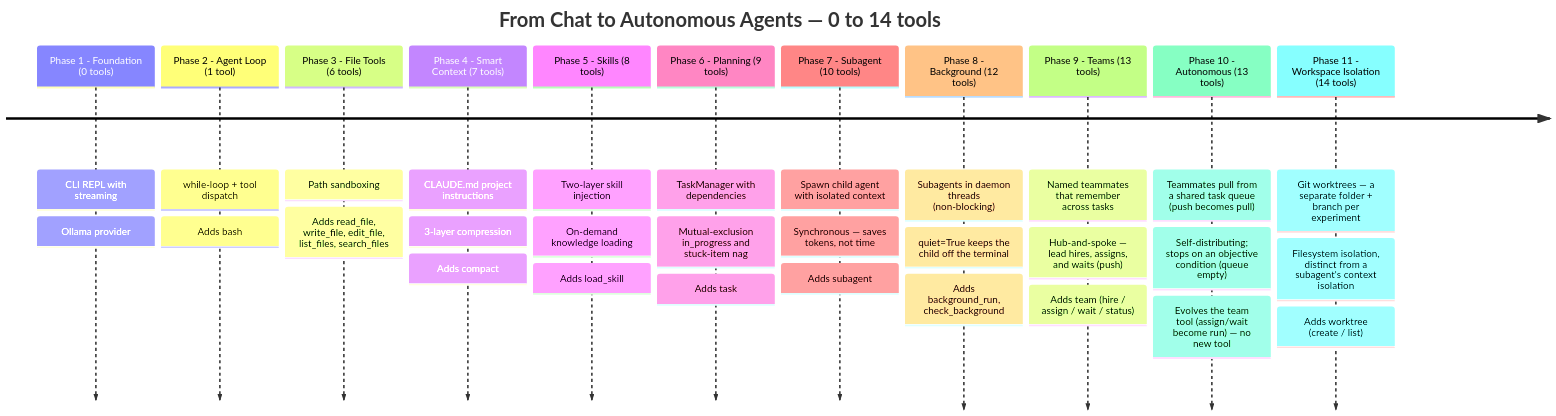
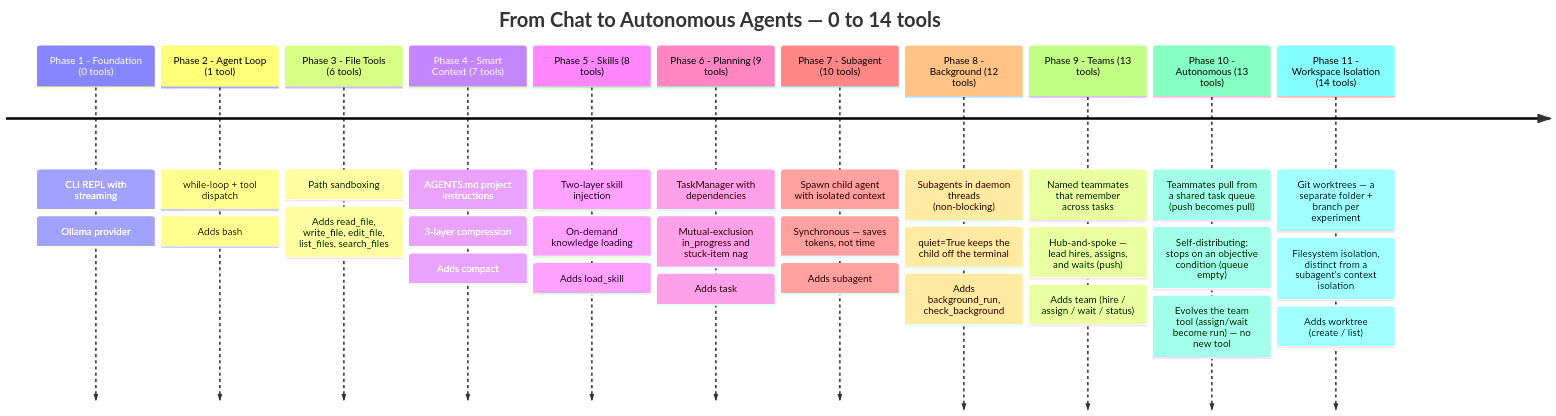
One commit to khushpanchal/AI-Coding-Agent-From-Scratch changed the third of 14 diagrams in ARCHITECTURE.md. Above: the diagram before and after it, drawn with Mermaid. The commit also changed other lines of this file, not shown here.

First line of the commit message:
Align ARCHITECTURE with the AGENTS.md naming

````diff
--- a/ARCHITECTURE.md
+++ b/ARCHITECTURE.md
@@ -154,56 +154,56 @@
 ```mermaid
 timeline
     title From Chat to Autonomous Agents — 0 to 14 tools
 
     Phase 1 - Foundation (0 tools)
         : CLI REPL with streaming
         : Ollama provider
 
     Phase 2 - Agent Loop (1 tool)
         : while-loop + tool dispatch
         : Adds bash
 
     Phase 3 - File Tools (6 tools)
         : Path sandboxing
         : Adds read_file, write_file, edit_file, list_files, search_files
 
     Phase 4 - Smart Context (7 tools)
-        : CLAUDE.md project instructions
+        : AGENTS.md project instructions
         : 3-layer compression
         : Adds compact
 
     Phase 5 - Skills (8 tools)
         : Two-layer skill injection
         : On-demand knowledge loading
         : Adds load_skill
 
     Phase 6 - Planning (9 tools)
         : TaskManager with dependencies
         : Mutual-exclusion in_progress and stuck-item nag
         : Adds task
 
     Phase 7 - Subagent (10 tools)
         : Spawn child agent with isolated context
         : Synchronous — saves tokens, not time
         : Adds subagent
 
     Phase 8 - Background (12 tools)
         : Subagents in daemon threads (non-blocking)
         : quiet=True keeps the child off the terminal
         : Adds background_run, check_background
 
     Phase 9 - Teams (13 tools)
         : Named teammates that remember across tasks
         : Hub-and-spoke — lead hires, assigns, and waits (push)
         : Adds team (hire / assign / wait / status)
 
     Phase 10 - Autonomous (13 tools)
         : Teammates pull from a shared task queue (push becomes pull)
         : Self-distributing; stops on an objective condition (queue empty)
         : Evolves the team tool (assign/wait become run) — no new tool
 
     Phase 11 - Workspace Isolation (14 tools)
         : Git worktrees — a separate folder + branch per experiment
         : Filesystem isolation, distinct from a subagent's context isolation
         : Adds worktree (create / list)
 ```
````
